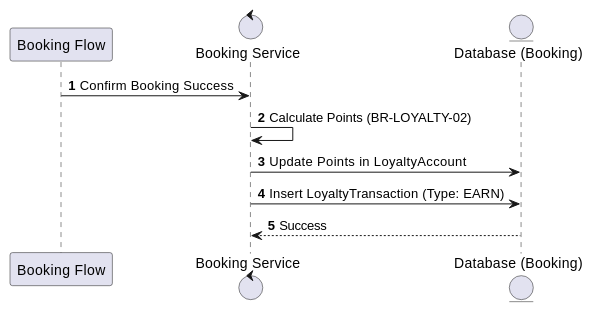
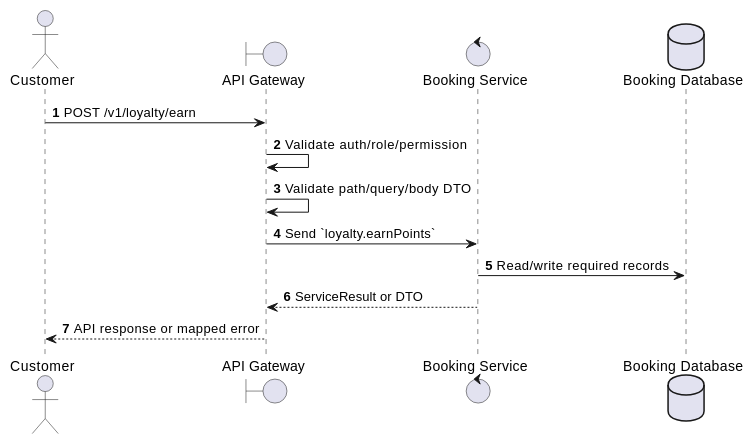
Before and after one commit to Tanh1603/movie-hub-architecture: the first of 2 diagrams in docs/functional_specs/3.11_Loyalty_Points_Module/LY-03_Earn_Points.md, drawn with PlantUML. The commit also changed other lines of this file and 126 other files, not shown here.

````diff
--- a/docs/functional_specs/3.11_Loyalty_Points_Module/LY-03_Earn_Points.md
+++ b/docs/functional_specs/3.11_Loyalty_Points_Module/LY-03_Earn_Points.md
@@ -17,14 +17,17 @@
 ```plantuml
 @startuml
 autonumber
-participant "Booking Flow" as Flow
-control "Booking Service" as BS
-entity "Database (Booking)" as DB
+actor "Customer" as Actor
+boundary "API Gateway" as GW
+control "Booking Service" as SVC
+database "Booking Database" as DB
 
-Flow -> BS: Confirm Booking Success
-BS -> BS: Calculate Points (BR-LOYALTY-02)
-BS -> DB: Update Points in LoyaltyAccount
-BS -> DB: Insert LoyaltyTransaction (Type: EARN)
-DB --> BS: Success
+Actor -> GW: POST /v1/loyalty/earn
+GW -> GW: Validate auth/role/permission
+GW -> GW: Validate path/query/body DTO
+GW -> SVC: Send `loyalty.earnPoints`
+SVC -> DB: Read/write required records
+SVC --> GW: ServiceResult or DTO
+GW --> Actor: API response or mapped error
 @enduml
 ```
````
